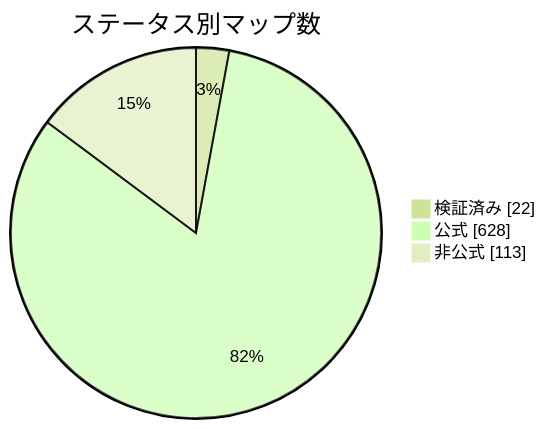
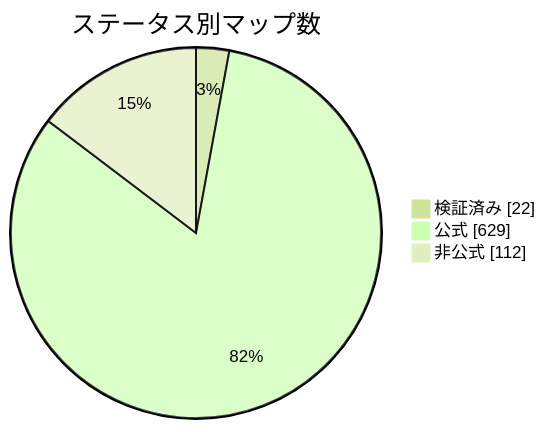
The diagram in docs/readme/README_JP.md (nobrega8/mbmap-library), drawn with Mermaid (forest theme) before and after one commit. The commit also changed 6 other files, not shown here.

````diff
--- a/docs/readme/README_JP.md
+++ b/docs/readme/README_JP.md
@@ -54,7 +54,7 @@
 ```mermaid
 pie showData
     title ステータス別マップ数
     "検証済み" : 22
-    "公式" : 628
-    "非公式" : 113
+    "公式" : 629
+    "非公式" : 112
 ```
````
